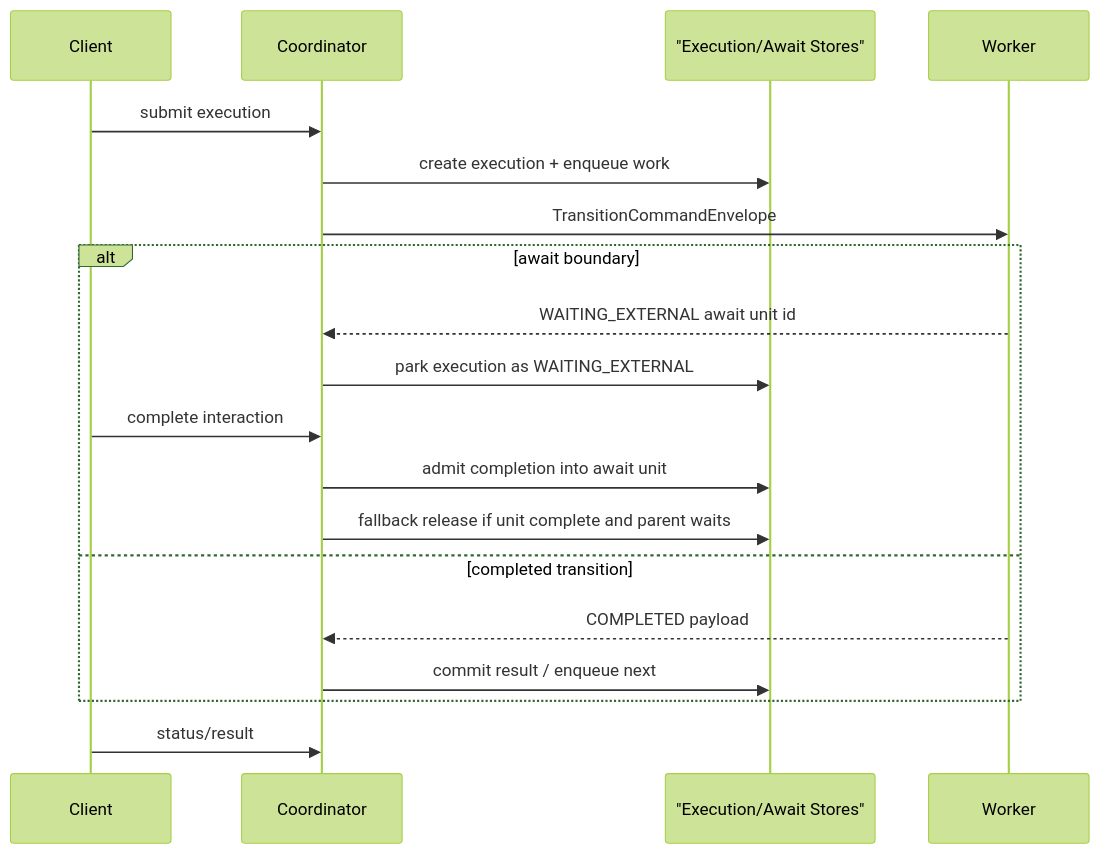
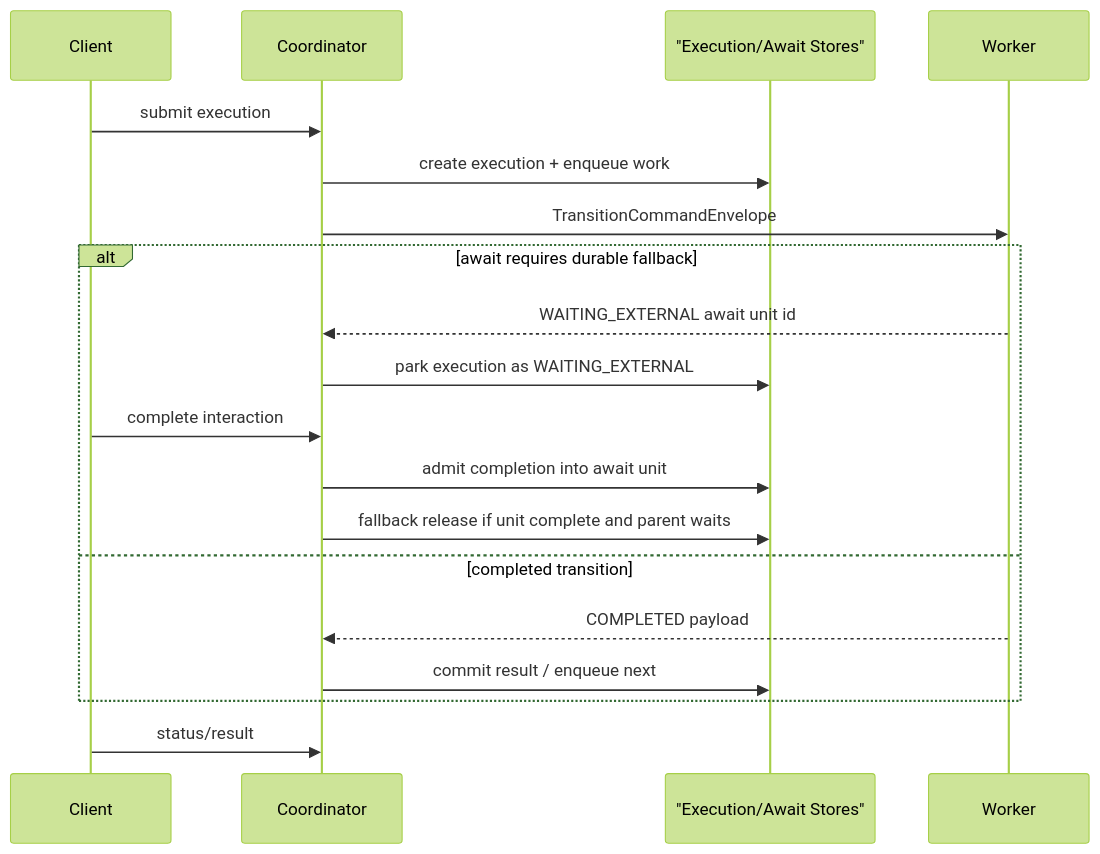
The diagram in docs/evolve/durable-coordinator/index.md (The-Pipeline-Framework/pipelineframework), drawn with Mermaid (forest theme) before and after one commit. The commit also changed other lines of this file and 13 other files, not shown here.

````diff
--- a/docs/evolve/durable-coordinator/index.md
+++ b/docs/evolve/durable-coordinator/index.md
@@ -23,22 +23,22 @@
 ```mermaid
 sequenceDiagram
     participant Client
     participant Coordinator
     participant Store as "Execution/Await Stores"
     participant Worker
 
     Client->>Coordinator: submit execution
     Coordinator->>Store: create execution + enqueue work
     Coordinator->>Worker: TransitionCommandEnvelope
-    alt await boundary
+    alt await requires durable fallback
         Worker-->>Coordinator: WAITING_EXTERNAL await unit id
         Coordinator->>Store: park execution as WAITING_EXTERNAL
         Client->>Coordinator: complete interaction
         Coordinator->>Store: admit completion into await unit
         Coordinator->>Store: fallback release if unit complete and parent waits
     else completed transition
         Worker-->>Coordinator: COMPLETED payload
         Coordinator->>Store: commit result / enqueue next
     end
     Client->>Coordinator: status/result
 ```
````
